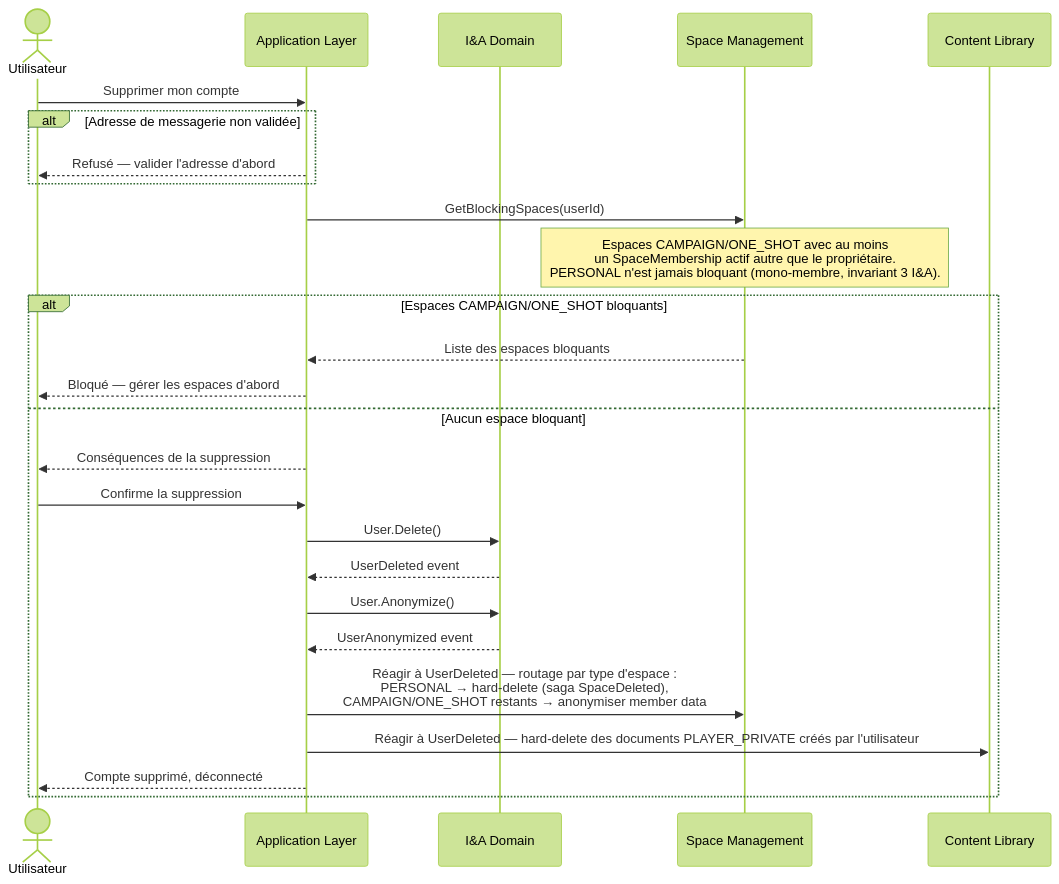
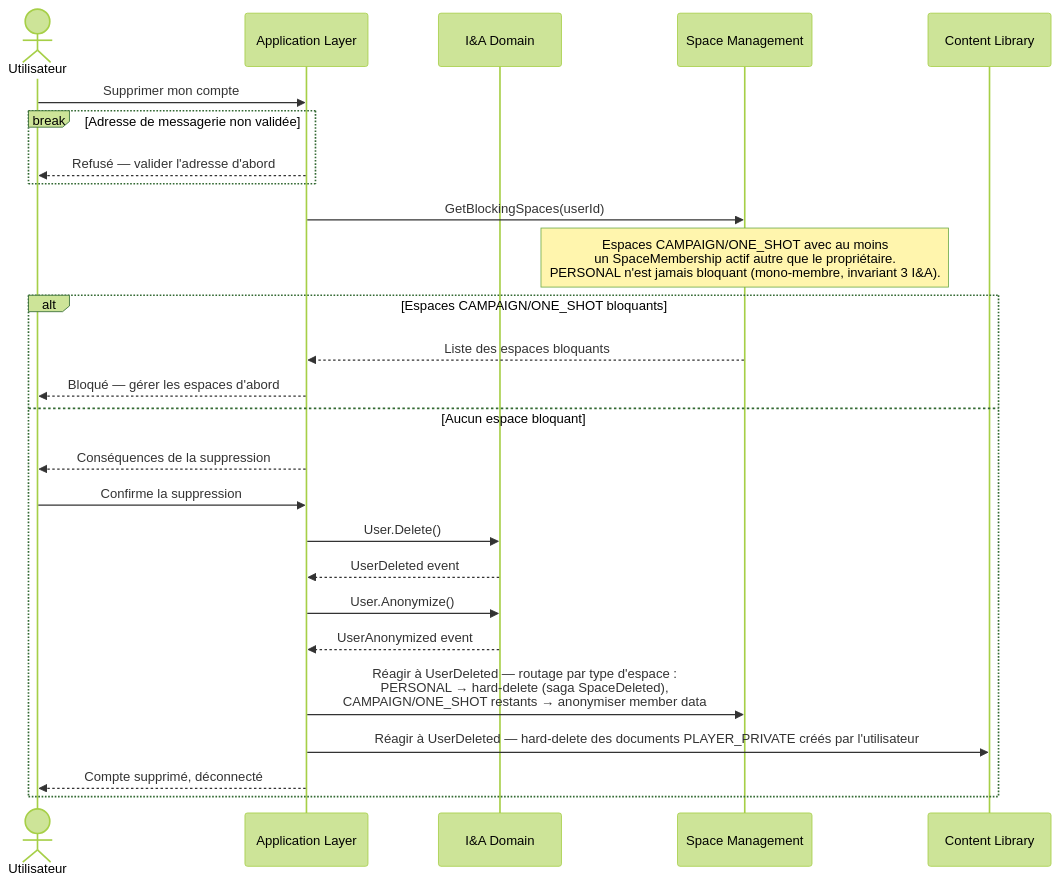
One commit to 2025-10-CDA-ECO-P6/PM-micro-saas changed the fourth of 6 diagrams in docs/domaine/identity-access/flows.md. Above: the diagram before and after it, drawn with Mermaid (forest theme). The commit also changed other lines of this file and 3 other files, not shown here.

````diff
--- a/docs/domaine/identity-access/flows.md
+++ b/docs/domaine/identity-access/flows.md
@@ -75,29 +78,29 @@
 ```mermaid
 sequenceDiagram
     actor Utilisateur
     participant App as Application Layer
     participant IA as I&A Domain
     participant SM as Space Management
     participant CL as Content Library
 
     Utilisateur->>App: Supprimer mon compte
-    alt Adresse de messagerie non validée
+    break Adresse de messagerie non validée
         App-->>Utilisateur: Refusé — valider l'adresse d'abord
     end
     App->>SM: GetBlockingSpaces(userId)
     Note over SM: Espaces CAMPAIGN/ONE_SHOT avec au moins<br/>un SpaceMembership actif autre que le propriétaire.<br/>PERSONAL n'est jamais bloquant (mono-membre, invariant 3 I&A).
     alt Espaces CAMPAIGN/ONE_SHOT bloquants
         SM-->>App: Liste des espaces bloquants
         App-->>Utilisateur: Bloqué — gérer les espaces d'abord
     else Aucun espace bloquant
         App-->>Utilisateur: Conséquences de la suppression
         Utilisateur->>App: Confirme la suppression
         App->>IA: User.Delete()
         IA-->>App: UserDeleted event
         App->>IA: User.Anonymize()
         IA-->>App: UserAnonymized event
         App->>SM: Réagir à UserDeleted — routage par type d'espace :<br/>PERSONAL → hard-delete (saga SpaceDeleted),<br/>CAMPAIGN/ONE_SHOT restants → anonymiser member data
         App->>CL: Réagir à UserDeleted — hard-delete des documents PLAYER_PRIVATE créés par l'utilisateur
         App-->>Utilisateur: Compte supprimé, déconnecté
     end
 ```
````
